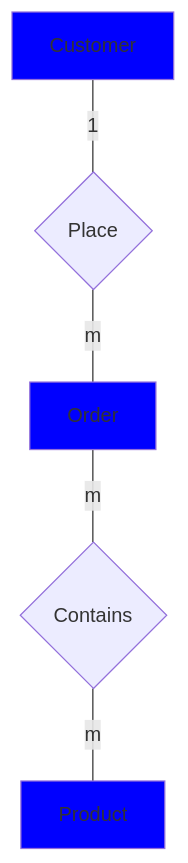
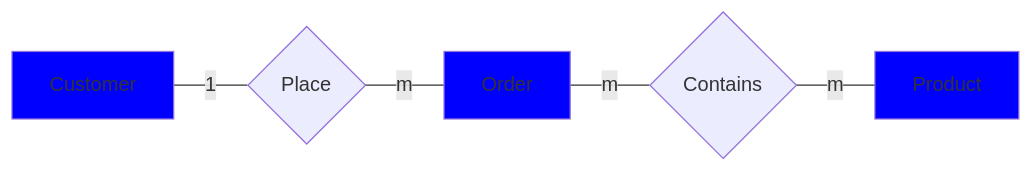
The third of 3 diagrams in erd/many-to-many-relationship.md (ahmedmohamed05/databases-1), drawn with Mermaid before and after one commit. The commit also changed other lines of this file and 19 other files, not shown here.

````diff
--- a/erd/many-to-many-relationship.md
+++ b/erd/many-to-many-relationship.md
@@ -31,12 +31,12 @@
 ```mermaid
-flowchart TD
+flowchart LR
   c[Customer]
   r1{Place}
   o[Order]
   r2{Contains}
   p[Product]
   c:::entity --- |1| r1 --- |m| o:::entity
   o --- |m| r2 --- |m| p:::entity
 
   classDef entity fill:#00f
 ```
````
